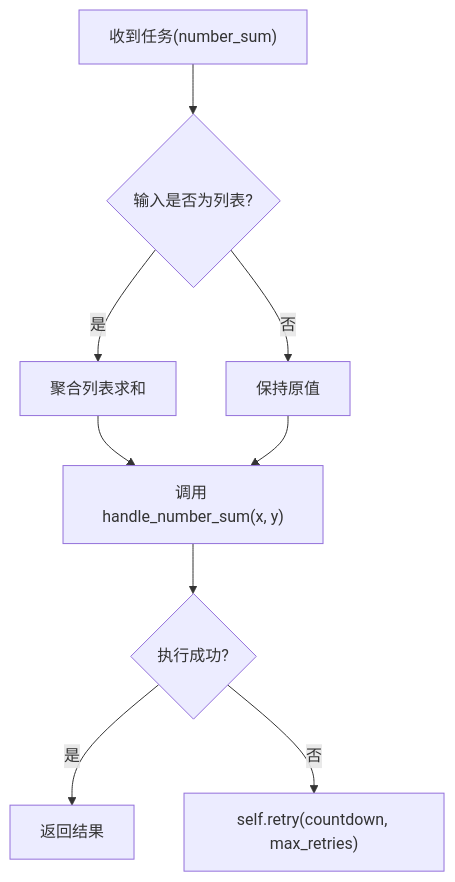
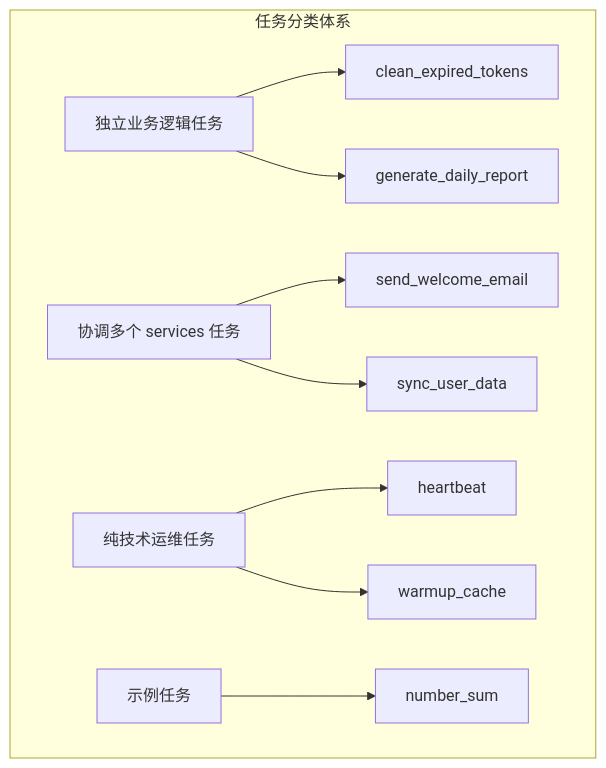
One commit to lilinzezzzzzz/fastapi-backend changed the fifth of 7 diagrams in .qoder/repowiki/zh/content/任务调度系统/Celery分布式任务.md. Above: the diagram before and after it, drawn with Mermaid. The commit also changed other lines of this file and 38 other files, not shown here.

````diff
--- a/.qoder/repowiki/zh/content/任务调度系统/Celery分布式任务.md
+++ b/.qoder/repowiki/zh/content/任务调度系统/Celery分布式任务.md
@@ -203,11 +248,12 @@
 ```mermaid
 flowchart TD
-S["收到任务(number_sum)"] --> J{"输入是否为列表?"}
-J -- 是 --> A["聚合列表求和"]
-J -- 否 --> C["保持原值"]
-A --> R["调用 handle_number_sum(x, y)"]
-C --> R
-R --> OK{"执行成功?"}
-OK -- 是 --> RET["返回结果"]
-OK -- 否 --> RETRY["self.retry(countdown, max_retries)"]
+subgraph "任务分类体系"
+A["独立业务逻辑任务"] --> A1["clean_expired_tokens"]
+A --> A2["generate_daily_report"]
+B["协调多个 services 任务"] --> B1["send_welcome_email"]
+B --> B2["sync_user_data"]
+C["纯技术运维任务"] --> C1["heartbeat"]
+C --> C2["warmup_cache"]
+D["示例任务"] --> D1["number_sum"]
+end
 ```
````
